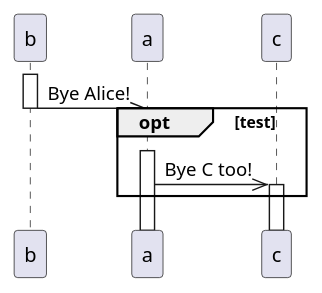
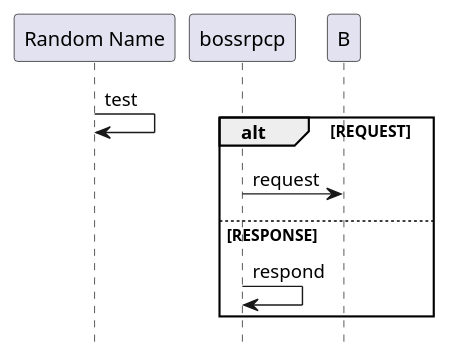
The diagram in testteozmult_one.puml (jimnelson372/plantuml_fork), drawn with PlantUML before and after one commit. The commit also changed 5 other files, not shown here.

```diff
--- a/testteozmult_one.puml
+++ b/testteozmult_one.puml
@@ -1,21 +1,23 @@
 @startuml
 !pragma teoz true
-'Issue #1494 with additional parallel to C.
-'skinparam style strictuml
 
-'Actor Bob as b
-'Actor Alice as a
-'Actor Charlie as c
+'!theme crt-amber
+'skinparam backgroundColor #000000
 
-activate b
-'b ->> a --++ : Hi Alice!
-'a ->> b --++ : Bye Bob!
+participant "Random Name" as foo
 
-b ->> a --: Bye Alice!
-'& b ->> m ++ : Bye Alice!
-  &opt test
-  activate a
- a ->> c ++ : Bye C too!
- 'activate c
- end
- @enduml
+hide footbox
+
+'foo -> foo : test
+'&  opt message received
+    alt REQUEST
+        bossrpcp ->B : request
+    else RESPONSE
+        bossrpcp -> bossrpcp : respond
+'    else AGAIN
+'     bossrpcp -> bossrpcp : request
+    end
+'end
+& foo -> foo : test
+
+@enduml
```
